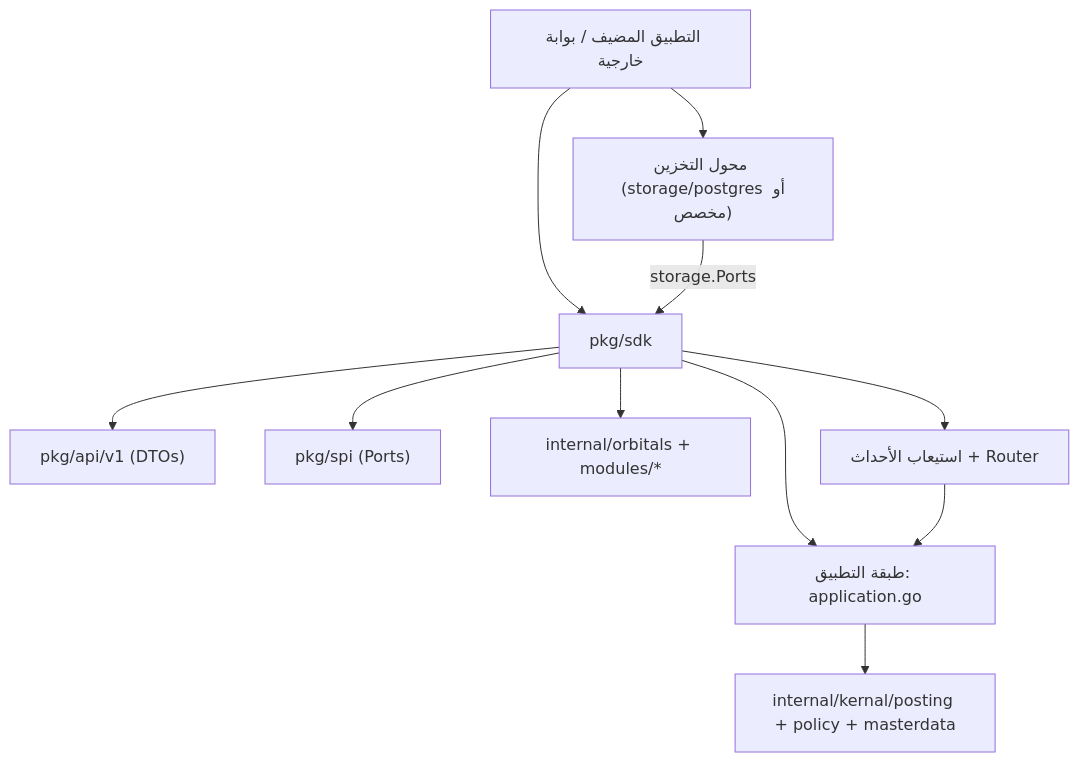
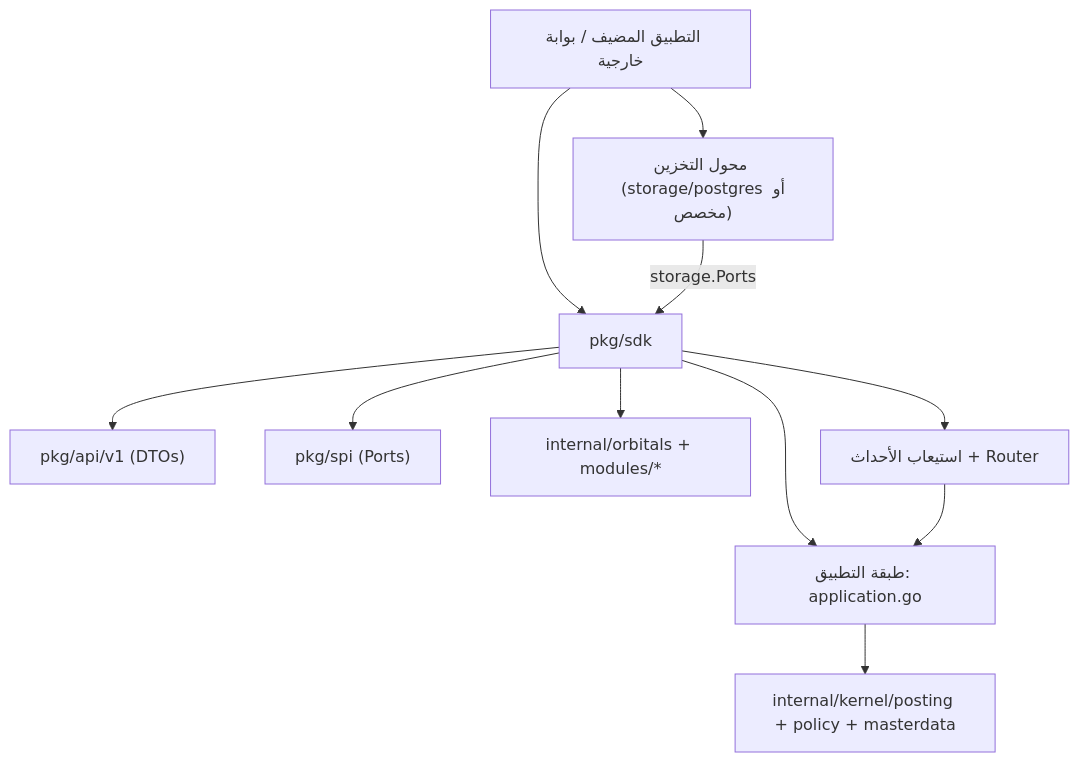
Before and after one commit to osmai4603-collab/accountant_engine: the first of 2 diagrams in docs/architecture/SDK_OVERVIEW.md, drawn with Mermaid. The commit also changed other lines of this file and 402 other files, not shown here.

````diff
--- a/docs/architecture/SDK_OVERVIEW.md
+++ b/docs/architecture/SDK_OVERVIEW.md
@@ -68,13 +68,13 @@
 ```mermaid
 flowchart TD
     HOST["التطبيق المضيف / بوابة خارجية"] --> SDK["pkg/sdk"]
     HOST --> ADAPTER["محول التخزين (storage/postgres أو مخصص)"]
     ADAPTER -->|"storage.Ports"| SDK
     SDK --> API["pkg/api/v1 (DTOs)"]
     SDK --> SPI["pkg/spi (Ports)"]
     SDK --> APP["طبقة التطبيق: application.go"]
-    APP --> KERNAL["internal/kernal/posting + policy + masterdata"]
+    APP --> KERNEL["internal/kernel/posting + policy + masterdata"]
     SDK --> ORBIT["internal/orbitals + modules/*"]
     SDK --> EVENTS["استيعاب الأحداث + Router"]
     EVENTS --> APP
 ```
````
